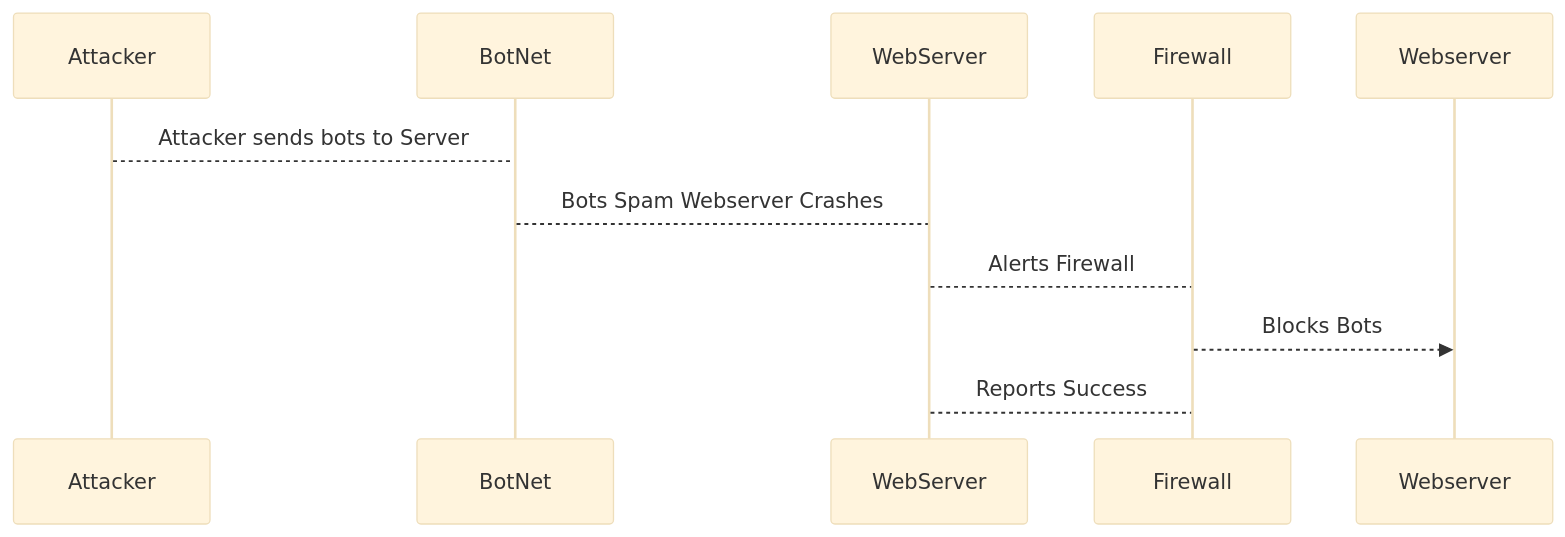
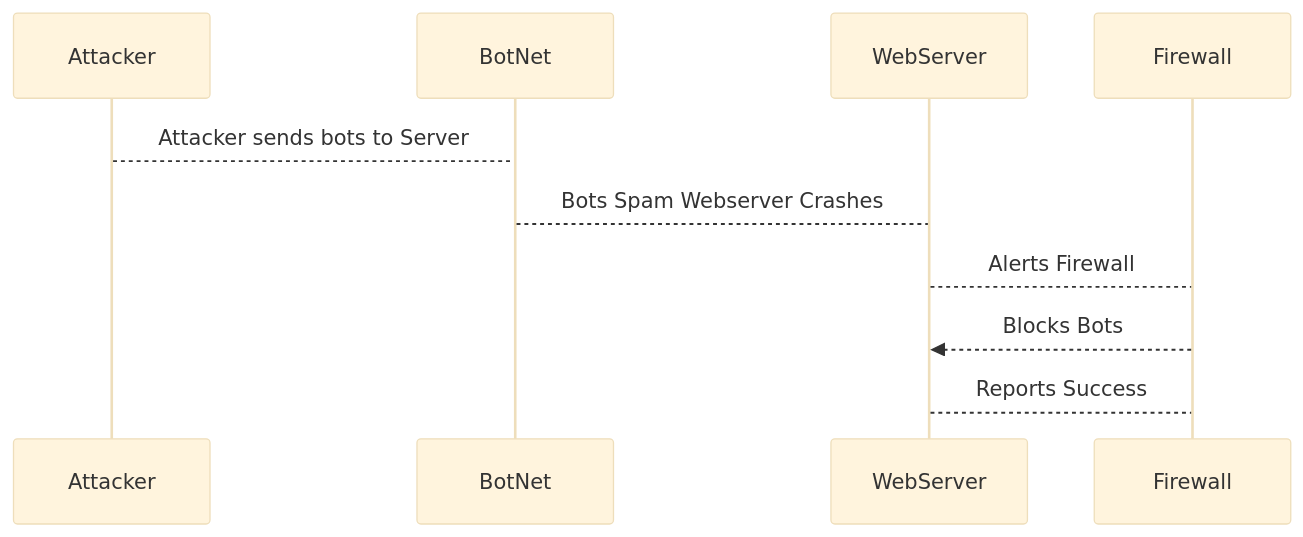
One commit to jesher123/DDoS_Attack_Sequence.md. changed the diagram in README.md. Above: the diagram before and after it, drawn with Mermaid (base theme).

````diff
--- a/README.md
+++ b/README.md
@@ -1,8 +1,8 @@
 ```mermaid
 sequenceDiagram
 Attacker-->BotNet: Attacker sends bots to Server
 BotNet-->WebServer: Bots Spam Webserver Crashes
 WebServer-->Firewall: Alerts Firewall
-Firewall-->>Webserver: Blocks Bots
+Firewall-->>WebServer: Blocks Bots
 WebServer-->Firewall: Reports Success
 ```
````
